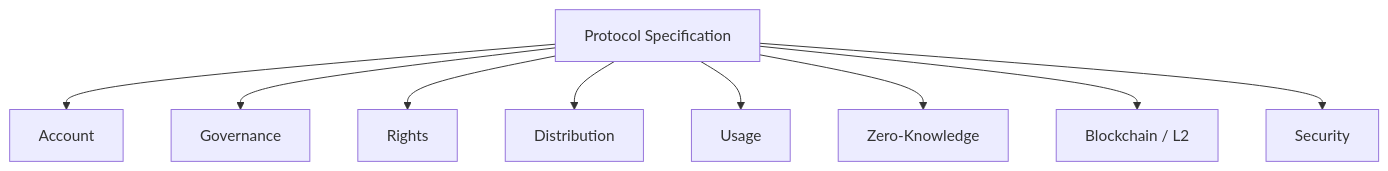
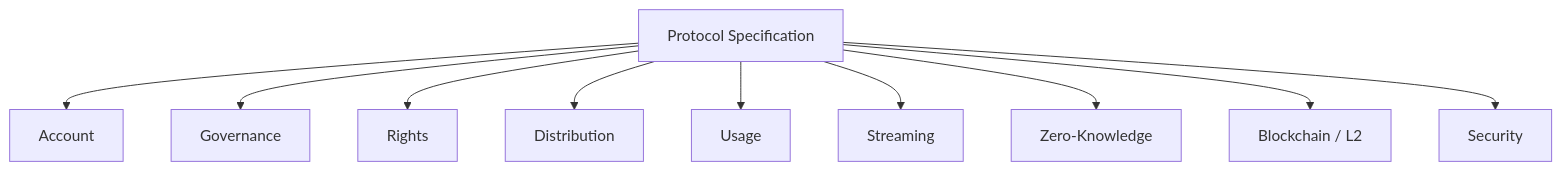
Before and after one commit to ShigeichiroYamasaki/creator-first-platform: the second of 5 diagrams in docs/protocol/index.md, drawn with Mermaid. The commit also changed other lines of this file and 20 other files, not shown here.

Commit message:
Align streaming gateway protocol

````diff
--- a/docs/protocol/index.md
+++ b/docs/protocol/index.md
@@ -120,13 +121,14 @@
 ```mermaid
 flowchart TD
     PROTOCOL[Protocol Specification]
 
     PROTOCOL --> ACCOUNT[Account]
     PROTOCOL --> GOV[Governance]
     PROTOCOL --> RIGHTS[Rights]
     PROTOCOL --> DIST[Distribution]
     PROTOCOL --> USAGE[Usage]
+    PROTOCOL --> STREAM[Streaming]
     PROTOCOL --> ZK[Zero-Knowledge]
     PROTOCOL --> CHAIN[Blockchain / L2]
     PROTOCOL --> SEC[Security]
 ```
````
